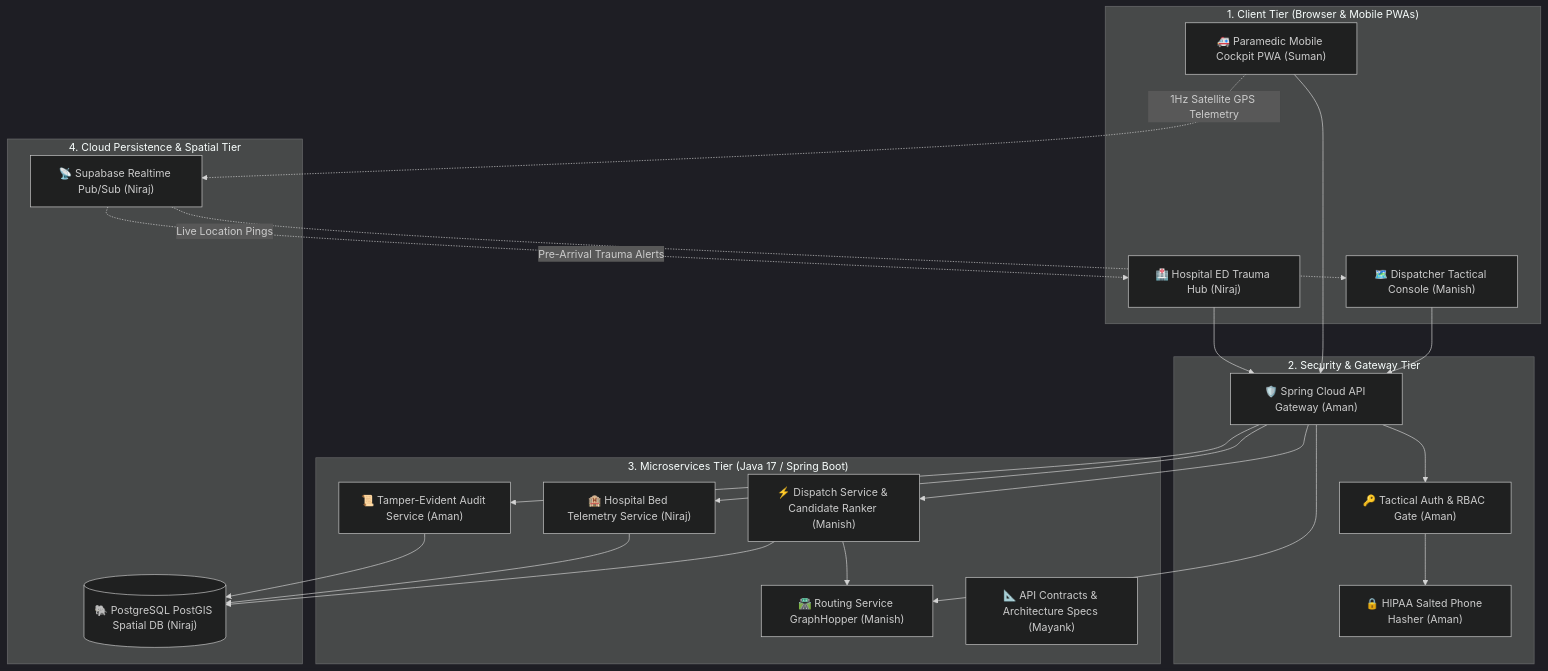
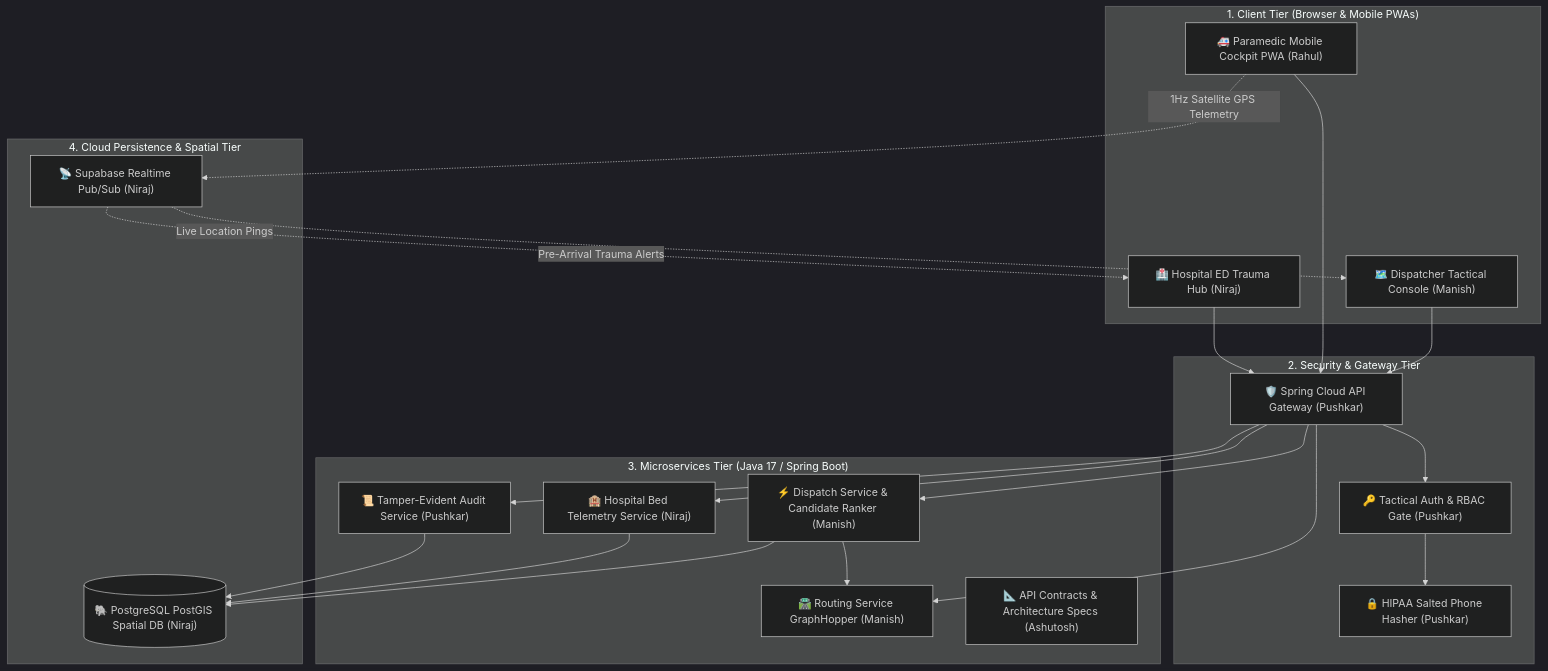
The diagram in README.md (manish-12345678911/Ems-platform), drawn with Mermaid (dark theme) before and after one commit. The commit also changed other lines of this file, not shown here.

Commit message:
docs: add 10-week project timeline and milestones to README.md

````diff
--- a/README.md
+++ b/README.md
@@ -106,47 +241,47 @@
 ```mermaid
 graph TB
     subgraph Client_Tier ["1. Client Tier (Browser & Mobile PWAs)"]
         D_UI["🗺️ Dispatcher Tactical Console (Manish)"]
-        C_UI["🚑 Paramedic Mobile Cockpit PWA (Suman)"]
+        C_UI["🚑 Paramedic Mobile Cockpit PWA (Rahul)"]
         H_UI["🏥 Hospital ED Trauma Hub (Niraj)"]
     end
 
     subgraph Security_Tier ["2. Security & Gateway Tier"]
-        GW["🛡️ Spring Cloud API Gateway (Aman)"]
-        AUTH["🔑 Tactical Auth & RBAC Gate (Aman)"]
-        HASH["🔒 HIPAA Salted Phone Hasher (Aman)"]
+        GW["🛡️ Spring Cloud API Gateway (Pushkar)"]
+        AUTH["🔑 Tactical Auth & RBAC Gate (Pushkar)"]
+        HASH["🔒 HIPAA Salted Phone Hasher (Pushkar)"]
     end
 
     subgraph Microservices_Tier ["3. Microservices Tier (Java 17 / Spring Boot)"]
         DS["⚡ Dispatch Service & Candidate Ranker (Manish)"]
         RS["🛣️ Routing Service GraphHopper (Manish)"]
         HS["🏨 Hospital Bed Telemetry Service (Niraj)"]
-        AS["📜 Tamper-Evident Audit Service (Aman)"]
-        UML["📐 API Contracts & Architecture Specs (Mayank)"]
+        AS["📜 Tamper-Evident Audit Service (Pushkar)"]
+        UML["📐 API Contracts & Architecture Specs (Ashutosh)"]
     end
 
     subgraph Persistence_Tier ["4. Cloud Persistence & Spatial Tier"]
         DB[("🐘 PostgreSQL PostGIS Spatial DB (Niraj)")]
         RT["📡 Supabase Realtime Pub/Sub (Niraj)"]
     end
 
     D_UI --> GW
     C_UI --> GW
     H_UI --> GW
 
     GW --> AUTH
     AUTH --> HASH
     GW --> DS
     GW --> RS
     GW --> HS
     GW --> AS
 
     DS --> RS
     DS --> DB
     HS --> DB
     AS --> DB
 
     C_UI -.->|1Hz Satellite GPS Telemetry| RT
     RT -.->|Live Location Pings| D_UI
     RT -.->|Pre-Arrival Trauma Alerts| H_UI
 ```
````
